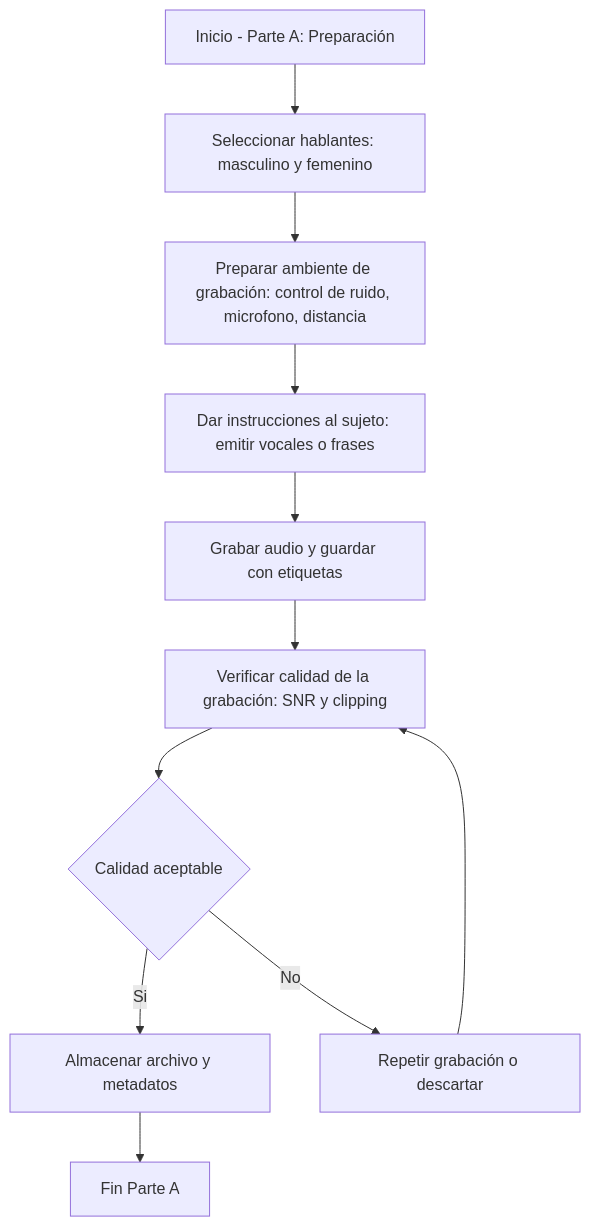
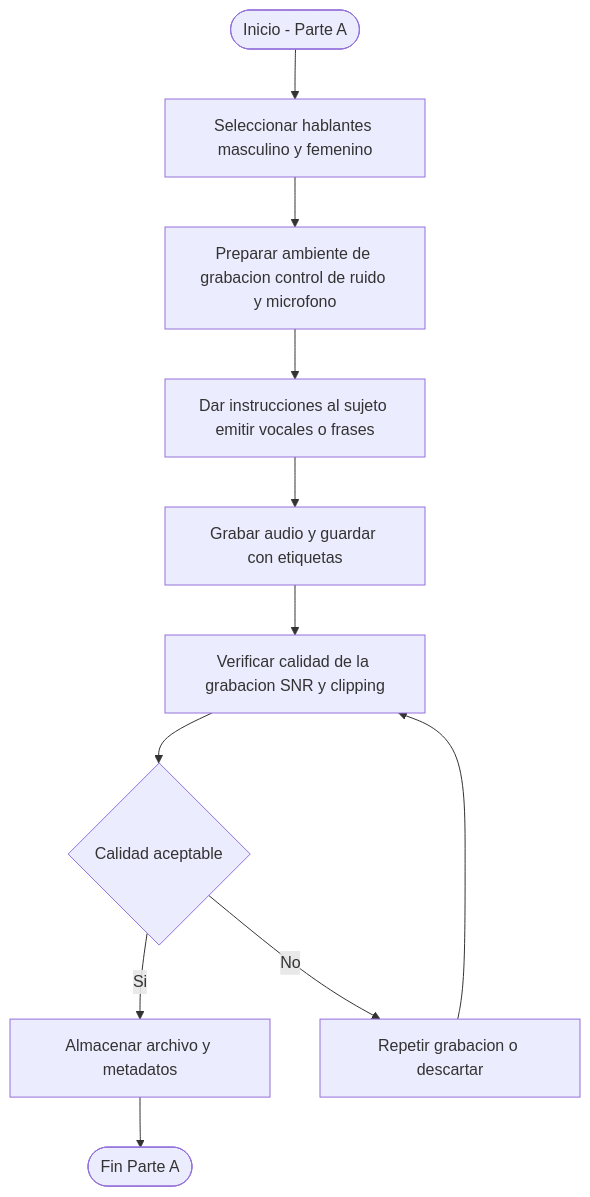
One commit to LauraDaniela09/Laboratorio_3 changed the first of 3 diagrams in README.md. Above: the diagram before and after it, drawn with Mermaid. The commit also changed other lines of this file, not shown here.

````diff
--- a/README.md
+++ b/README.md
@@ -23,13 +23,13 @@
 ```mermaid
 flowchart TD
-  A[Inicio - Parte A: Preparación] --> B[Seleccionar hablantes: masculino y femenino]
-  B --> C[Preparar ambiente de grabación: control de ruido, microfono, distancia]
-  C --> D[Dar instrucciones al sujeto: emitir vocales o frases]
+  A([Inicio - Parte A]) --> B[Seleccionar hablantes masculino y femenino]
+  B --> C[Preparar ambiente de grabacion control de ruido y microfono]
+  C --> D[Dar instrucciones al sujeto emitir vocales o frases]
   D --> E[Grabar audio y guardar con etiquetas]
-  E --> F[Verificar calidad de la grabación: SNR y clipping]
+  E --> F[Verificar calidad de la grabacion SNR y clipping]
   F --> G{Calidad aceptable}
   G -->|Si| H[Almacenar archivo y metadatos]
-  G -->|No| I[Repetir grabación o descartar]
+  G -->|No| I[Repetir grabacion o descartar]
   I --> F
-  H --> J[Fin Parte A ]
+  H --> J([Fin Parte A])
 ```
````
